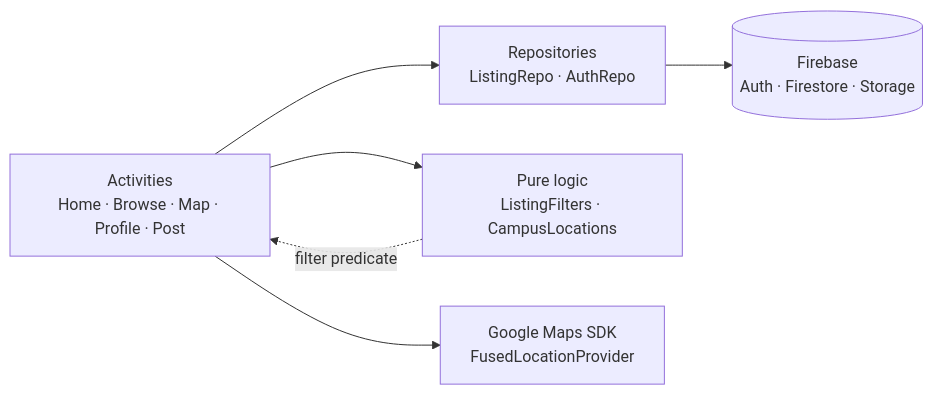
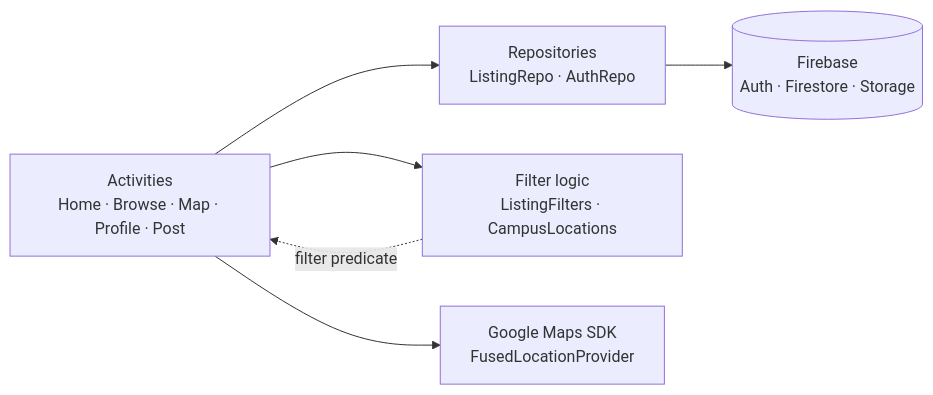
Before and after one commit to Vyoma22/NOXApp: the diagram in README.md, drawn with Mermaid. The commit also changed other lines of this file and 29 other files, not shown here.

````diff
--- a/README.md
+++ b/README.md
@@ -109,8 +109,8 @@
 ```mermaid
 flowchart LR
     UI["Activities<br/>Home · Browse · Map · Profile · Post"] --> Repo["Repositories<br/>ListingRepo · AuthRepo"]
-    UI --> Pure["Pure logic<br/>ListingFilters · CampusLocations"]
+    UI --> Pure["Filter logic<br/>ListingFilters · CampusLocations"]
     Repo --> FB[("Firebase<br/>Auth · Firestore · Storage")]
     UI --> Maps["Google Maps SDK<br/>FusedLocationProvider"]
     Pure -.->|filter predicate| UI
 ```
````
